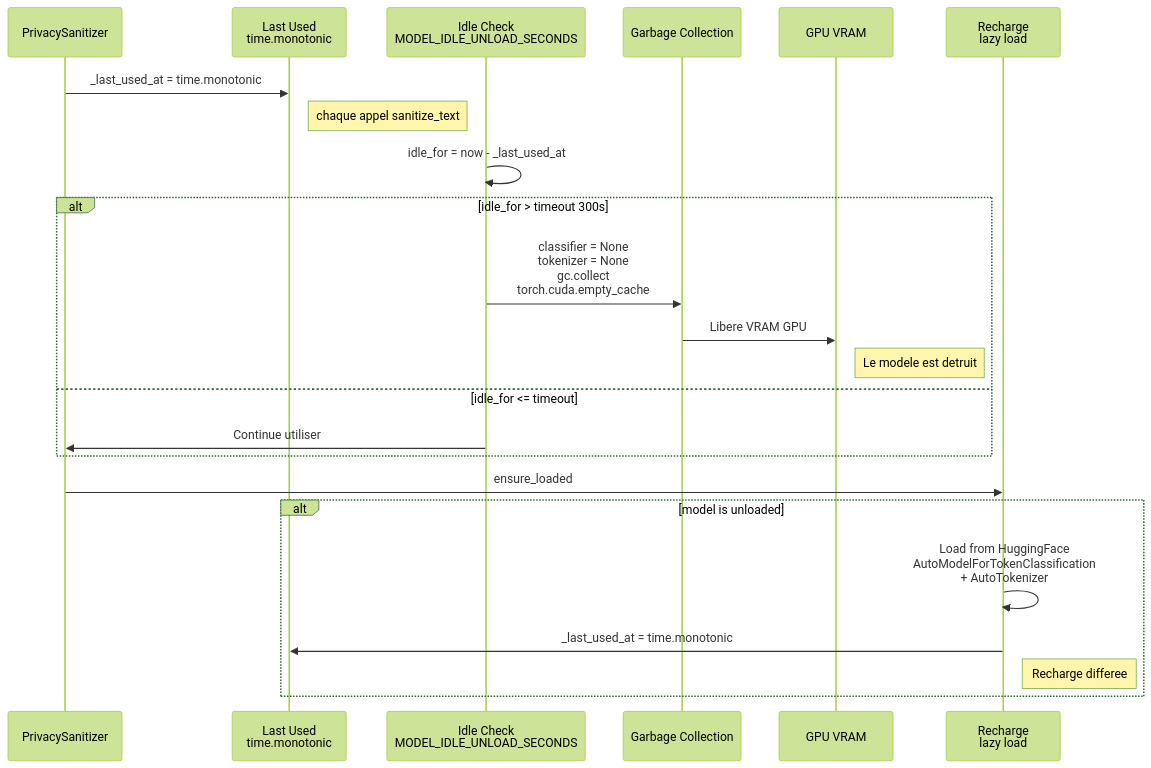
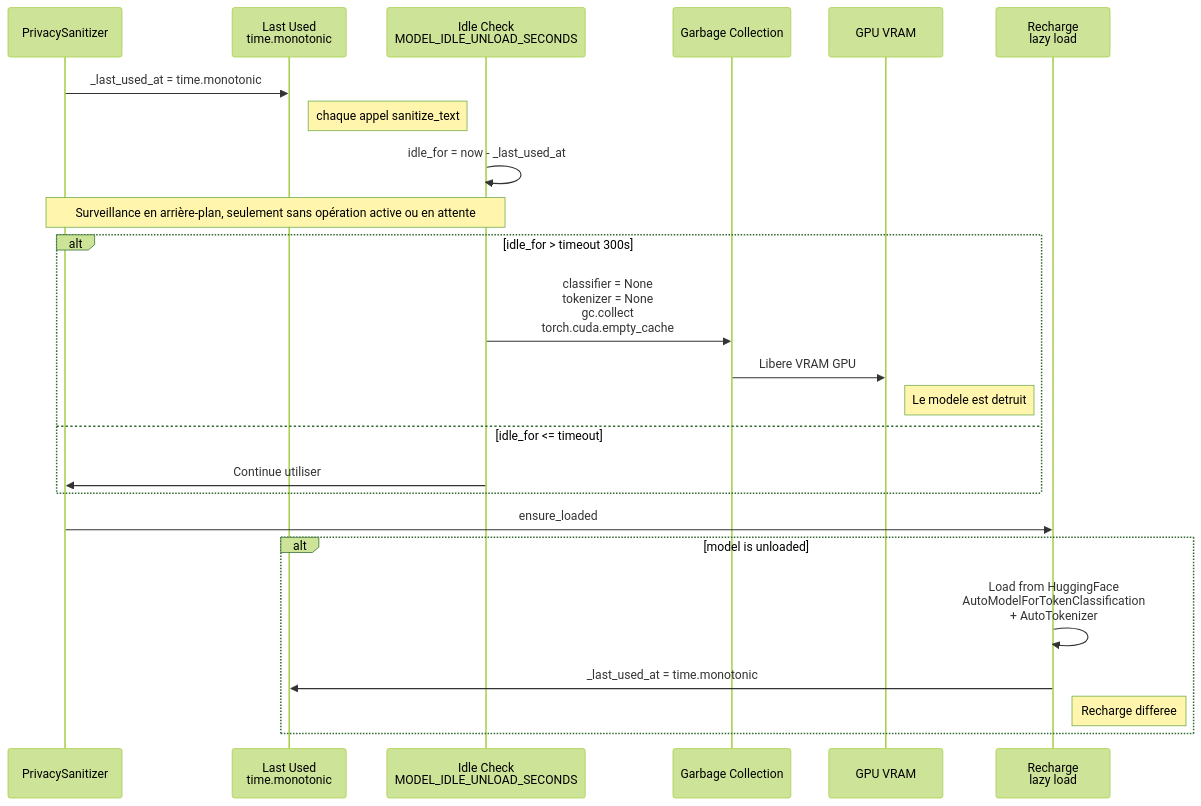
One commit to ynotopec/api-llm-privacy-proxy changed the sixth of 7 diagrams in doc/architecture.md. Above: the diagram before and after it, drawn with Mermaid (forest theme). The commit also changed other lines of this file and 7 other files, not shown here.

````diff
--- a/doc/architecture.md
+++ b/doc/architecture.md
@@ -194,30 +202,31 @@
 ```mermaid
 sequenceDiagram
     participant S as PrivacySanitizer
     participant TM as Last Used<br/>time.monotonic
     participant ID as Idle Check<br/>MODEL_IDLE_UNLOAD_SECONDS
     participant GC as Garbage Collection
     participant GPU as GPU VRAM
     participant RL as Recharge<br/>lazy load
 
     S->>TM: _last_used_at = time.monotonic
     Note right of TM: chaque appel sanitize_text
 
     ID->>ID: idle_for = now - _last_used_at
+    Note over ID,S: Surveillance en arrière-plan, seulement sans opération active ou en attente
 
     alt idle_for > timeout 300s
         ID->>GC: classifier = None<br/>tokenizer = None<br/>gc.collect<br/>torch.cuda.empty_cache
         GC->>GPU: Libere VRAM GPU
         Note right of GPU: Le modele est detruit
     else idle_for <= timeout
         ID->>S: Continue utiliser
     end
 
     S->>RL: ensure_loaded
 
     alt model is unloaded
         RL->>RL: Load from HuggingFace<br/>AutoModelForTokenClassification<br/>+ AutoTokenizer
         RL->>TM: _last_used_at = time.monotonic
         Note right of RL: Recharge differee
     end
 ```
````
